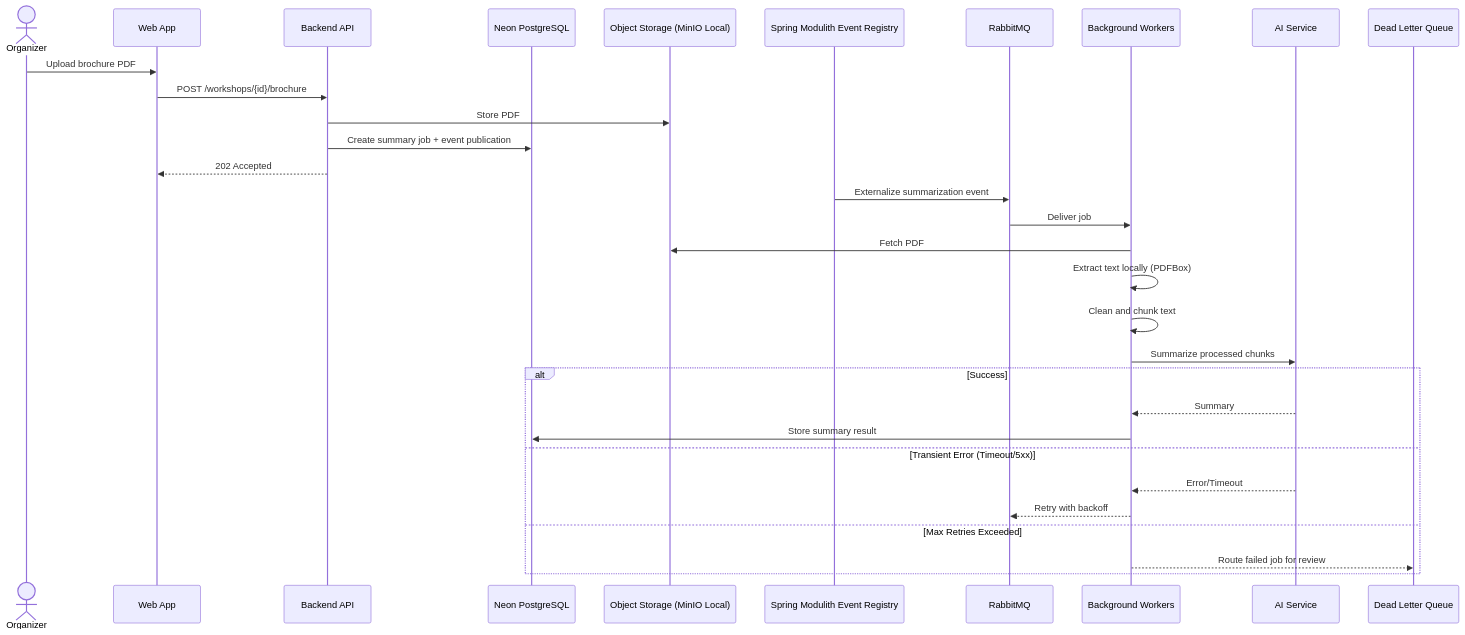
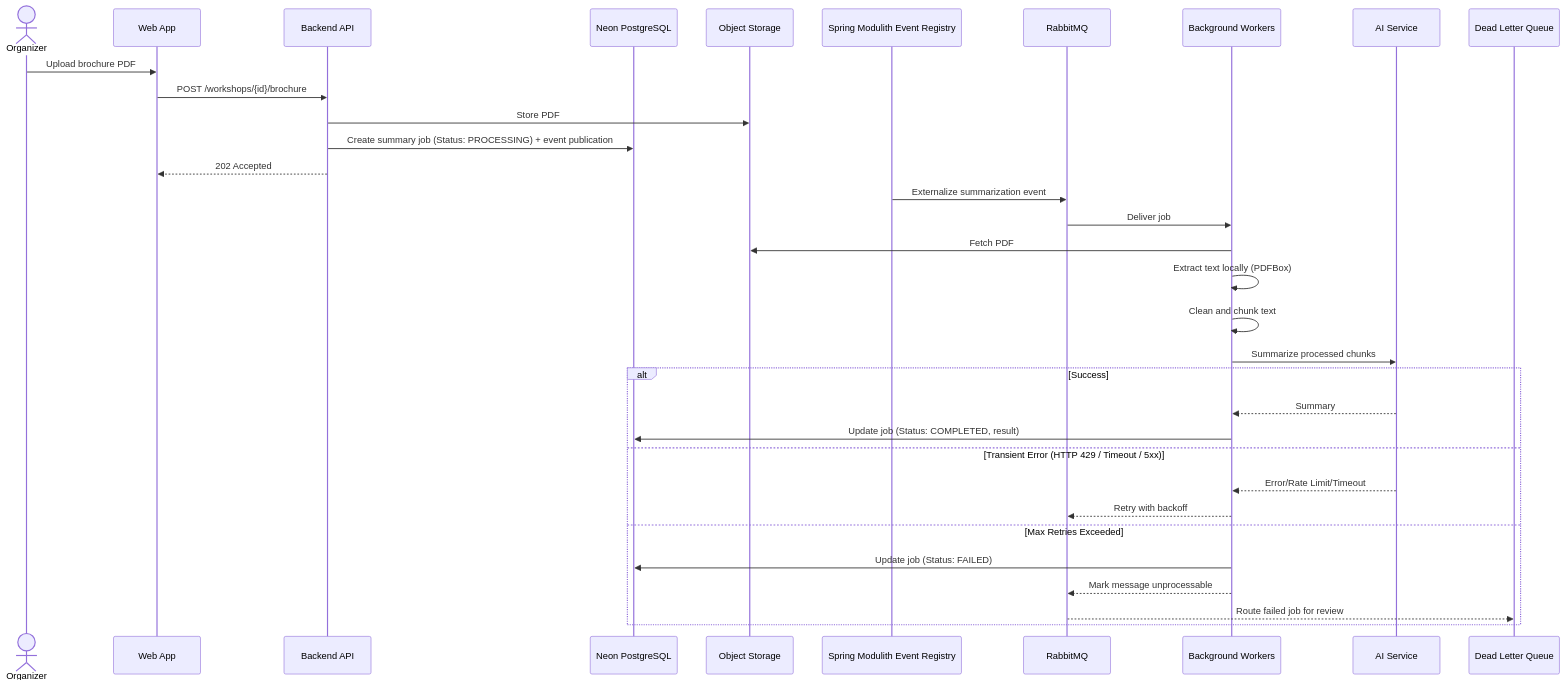
The fifth of 10 diagrams in blueprint/design.md (phatnguyen975/unihub-workshop), drawn with Mermaid before and after one commit. The commit also changed other lines of this file, not shown here.

Commit message:
docs: done review of core system flows

````diff
--- a/blueprint/design.md
+++ b/blueprint/design.md
@@ -554,35 +552,37 @@
 ```mermaid
 sequenceDiagram
   actor Organizer
   participant Web as Web App
   participant API as Backend API
   participant DB as Neon PostgreSQL
-  participant S3 as Object Storage (MinIO Local)
+  participant S3 as Object Storage
   participant Registry as Spring Modulith Event Registry
   participant Broker as RabbitMQ
   participant Worker as Background Workers
   participant AI as AI Service
   participant DLQ as Dead Letter Queue
 
   Organizer->>Web: Upload brochure PDF
   Web->>API: POST /workshops/{id}/brochure
   API->>S3: Store PDF
-  API->>DB: Create summary job + event publication
+  API->>DB: Create summary job (Status: PROCESSING) + event publication
   API-->>Web: 202 Accepted
 
   Registry->>Broker: Externalize summarization event
   Broker->>Worker: Deliver job
   Worker->>S3: Fetch PDF
   Worker->>Worker: Extract text locally (PDFBox)
   Worker->>Worker: Clean and chunk text
   Worker->>AI: Summarize processed chunks
   alt Success
     AI-->>Worker: Summary
-    Worker->>DB: Store summary result
-  else Transient Error (Timeout/5xx)
-    AI-->>Worker: Error/Timeout
+    Worker->>DB: Update job (Status: COMPLETED, result)
+  else Transient Error (HTTP 429 / Timeout / 5xx)
+    AI-->>Worker: Error/Rate Limit/Timeout
     Worker-->>Broker: Retry with backoff
   else Max Retries Exceeded
-    Worker-->>DLQ: Route failed job for review
+    Worker->>DB: Update job (Status: FAILED)
+    Worker-->>Broker: Mark message unprocessable
+    Broker-->>DLQ: Route failed job for review
   end
 ```
````
